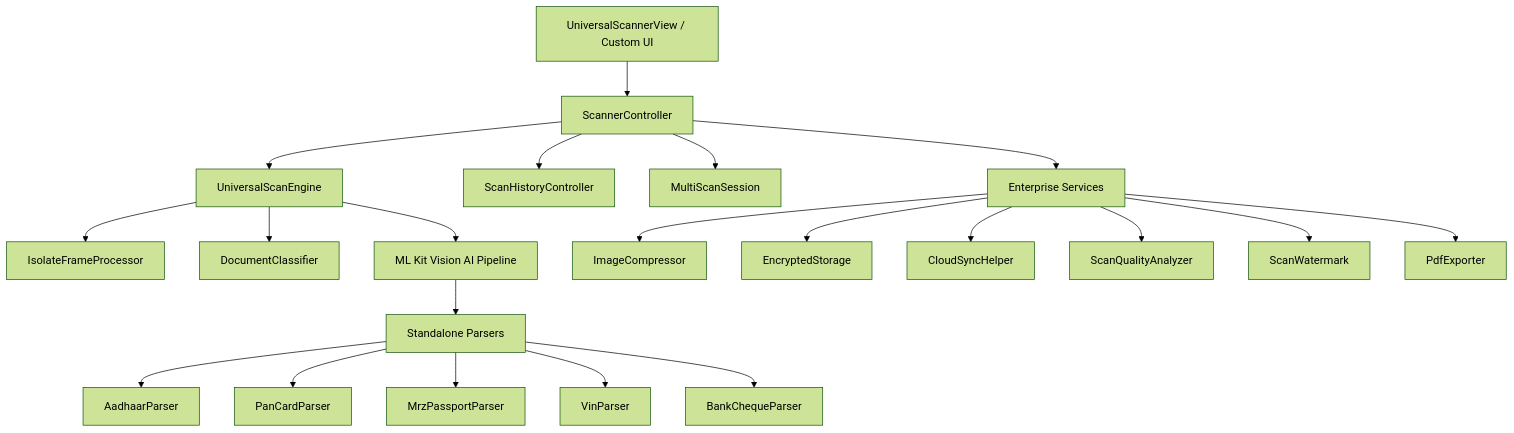
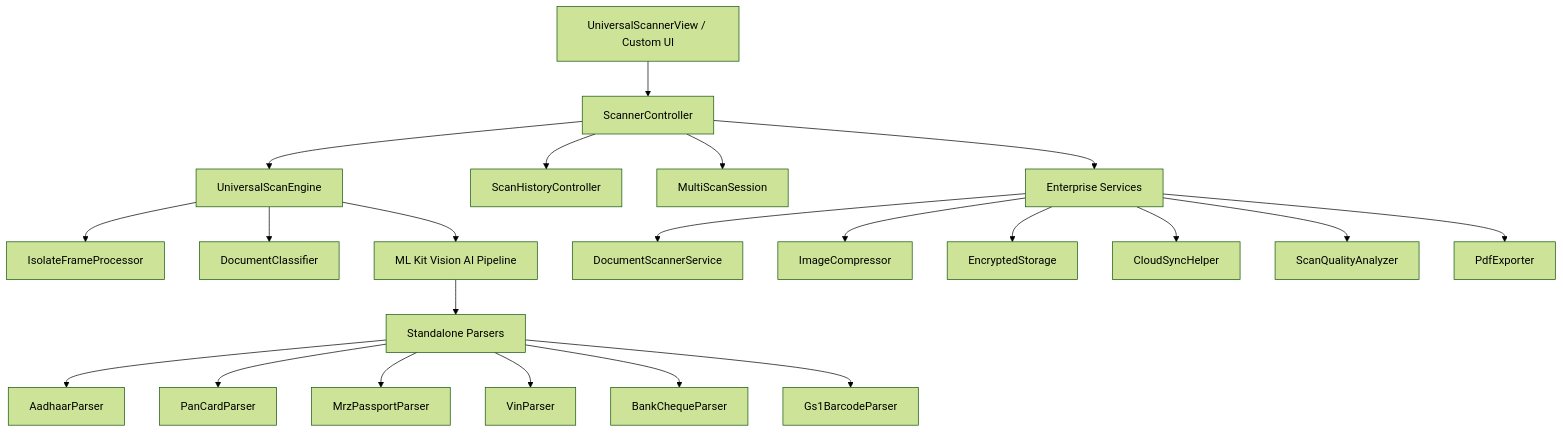
One commit to francis2408/scanner_pro changed the diagram in README.md. Above: the diagram before and after it, drawn with Mermaid (forest theme). The commit also changed other lines of this file and 13 other files, not shown here.

Commit message:
feat(v2.4.1): Top 5 enterprise scanning features, OCR text models, auto document enhancement, multi-format barcode, multi-page PDF generation & quality fixes

````diff
--- a/README.md
+++ b/README.md
@@ -57,26 +168,27 @@
 ```mermaid
 graph TD
     A[UniversalScannerView / Custom UI] --> B[ScannerController]
     B --> C[UniversalScanEngine]
     B --> D[ScanHistoryController]
     B --> E[MultiScanSession]
     
     C --> F[IsolateFrameProcessor]
     C --> G[DocumentClassifier]
     C --> H[ML Kit Vision AI Pipeline]
     
     H --> I[Standalone Parsers]
     I --> I1[AadhaarParser]
     I --> I2[PanCardParser]
     I --> I3[MrzPassportParser]
     I --> I4[VinParser]
     I --> I5[BankChequeParser]
+    I --> I6[Gs1BarcodeParser]
     
     B --> J[Enterprise Services]
-    J --> J1[ImageCompressor]
-    J --> J2[EncryptedStorage]
-    J --> J3[CloudSyncHelper]
-    J --> J4[ScanQualityAnalyzer]
-    J --> J5[ScanWatermark]
+    J --> J1[DocumentScannerService]
+    J --> J2[ImageCompressor]
+    J --> J3[EncryptedStorage]
+    J --> J4[CloudSyncHelper]
+    J --> J5[ScanQualityAnalyzer]
     J --> J6[PdfExporter]
 ```
````
